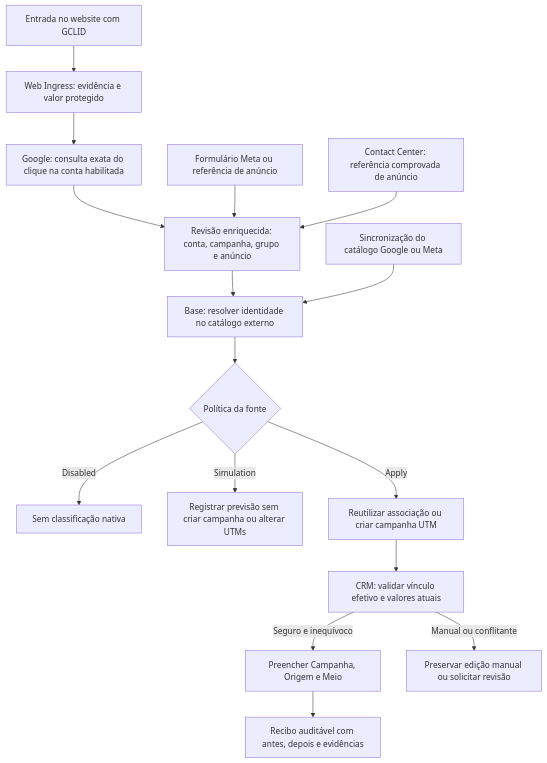
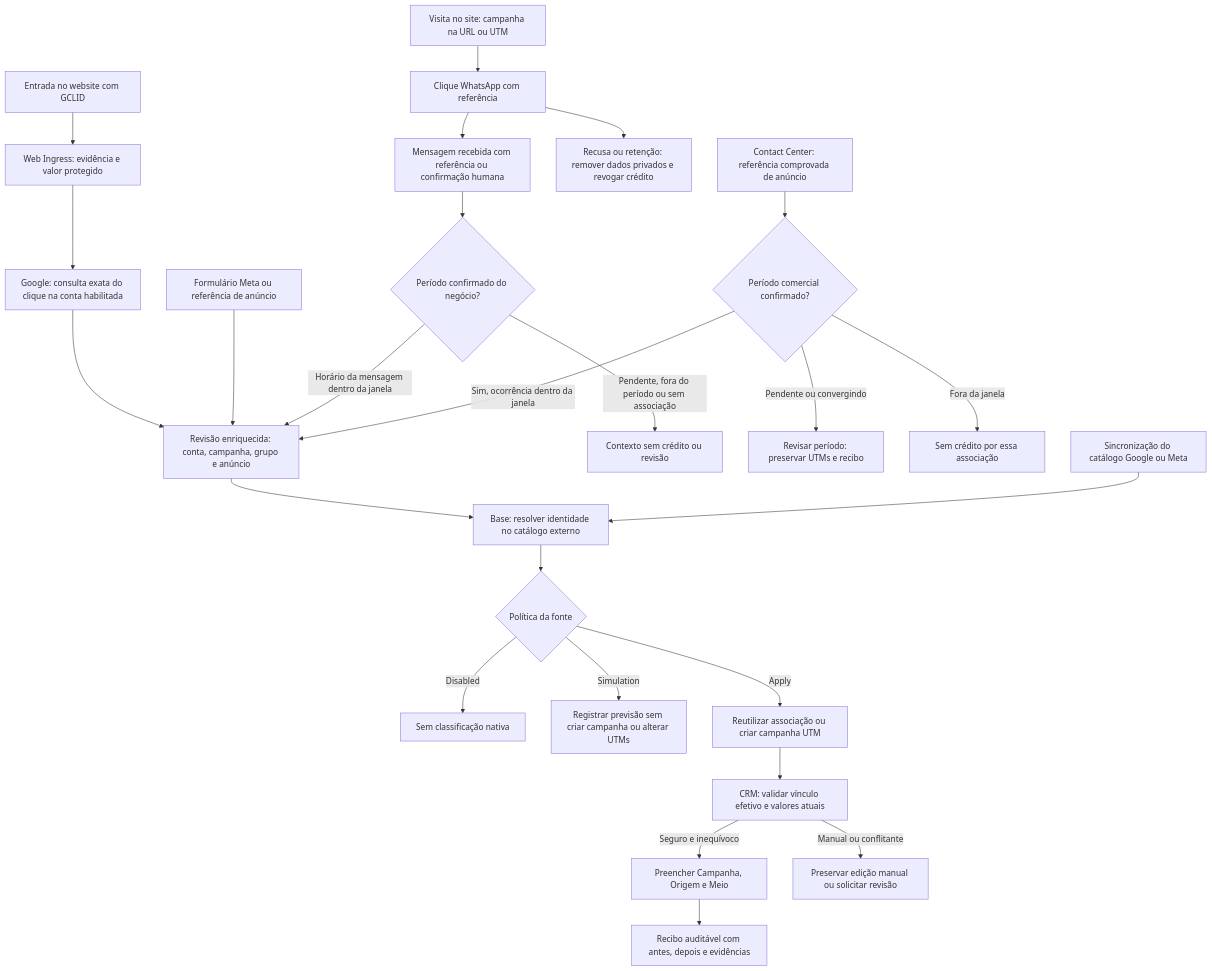
The diagram in docs/native-campaign-attribution.md (soloztech/marketing-center), drawn with Mermaid before and after one commit. The commit also changed other lines of this file and 57 other files, not shown here.

````diff
--- a/docs/native-campaign-attribution.md
+++ b/docs/native-campaign-attribution.md
@@ -23,18 +23,27 @@
 ```mermaid
 flowchart TD
     W[Entrada no website com GCLID] --> V[Web Ingress: evidência e valor protegido]
     V --> G[Google: consulta exata do clique na conta habilitada]
     G --> E[Revisão enriquecida: conta, campanha, grupo e anúncio]
     M[Formulário Meta ou referência de anúncio] --> E
-    C[Contact Center: referência comprovada de anúncio] --> E
+    W2[Visita no site: campanha na URL ou UTM] --> K[Clique WhatsApp com referência]
+    K --> Msg[Mensagem recebida com referência ou confirmação humana]
+    Msg --> B2{Período confirmado do negócio?}
+    B2 -->|Horário da mensagem dentro da janela| E
+    B2 -->|Pendente, fora do período ou sem associação| Ctx[Contexto sem crédito ou revisão]
+    K --> Priv[Recusa ou retenção: remover dados privados e revogar crédito]
+    C[Contact Center: referência comprovada de anúncio] --> B{Período comercial confirmado?}
+    B -->|Sim, ocorrência dentro da janela| E
+    B -->|Pendente ou convergindo| Hold[Revisar período: preservar UTMs e recibo]
+    B -->|Fora da janela| Excluded[Sem crédito por essa associação]
     E --> R[Base: resolver identidade no catálogo externo]
     S[Sincronização do catálogo Google ou Meta] --> R
     R --> P{Política da fonte}
     P -->|Disabled| D[Sem classificação nativa]
     P -->|Simulation| T[Registrar previsão sem criar campanha ou alterar UTMs]
     P -->|Apply| U[Reutilizar associação ou criar campanha UTM]
     U --> L[CRM: validar vínculo efetivo e valores atuais]
     L -->|Seguro e inequívoco| A[Preencher Campanha, Origem e Meio]
     L -->|Manual ou conflitante| Q[Preservar edição manual ou solicitar revisão]
     A --> H[Recibo auditável com antes, depois e evidências]
 ```
````
